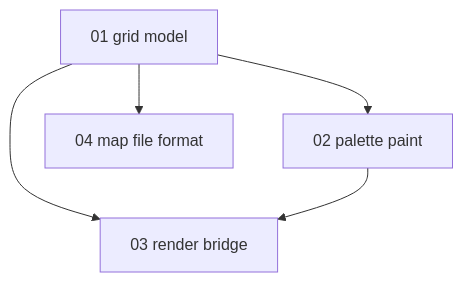
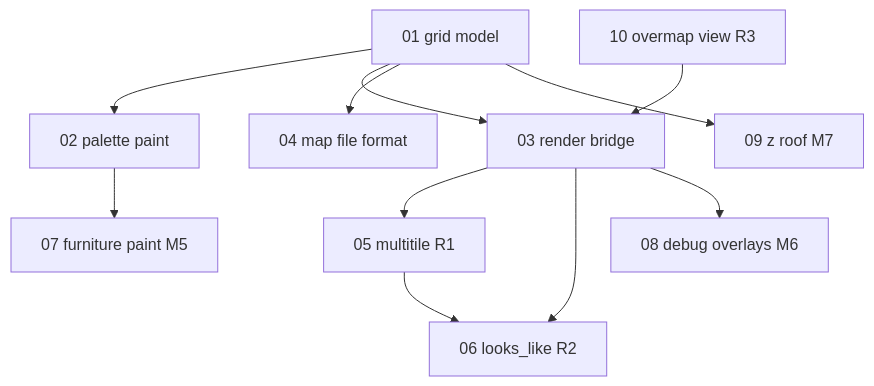
Before and after one commit to SOS-Games/Cataclysm-BN-nextgen: the diagram in docs/map-editor/README.md, drawn with Mermaid. The commit also changed other lines of this file and 120 other files, not shown here.

````diff
--- a/docs/map-editor/README.md
+++ b/docs/map-editor/README.md
@@ -65,12 +78,24 @@
 ```mermaid
 flowchart TD
     U01[01 grid model]
     U02[02 palette paint]
     U03[03 render bridge]
     U04[04 map file format]
+    U05[05 multitile R1]
+    U06[06 looks_like R2]
+    U07[07 furniture paint M5]
+    U08[08 debug overlays M6]
+    U09[09 z roof M7]
+    U10[10 overmap view R3]
 
     U01 --> U02
     U01 --> U03
     U01 --> U04
-    U02 --> U03
+    U02 --> U07
+    U03 --> U05
+    U03 --> U06
+    U05 --> U06
+    U03 --> U08
+    U01 --> U09
+    U10 --> U03
 ```
````
